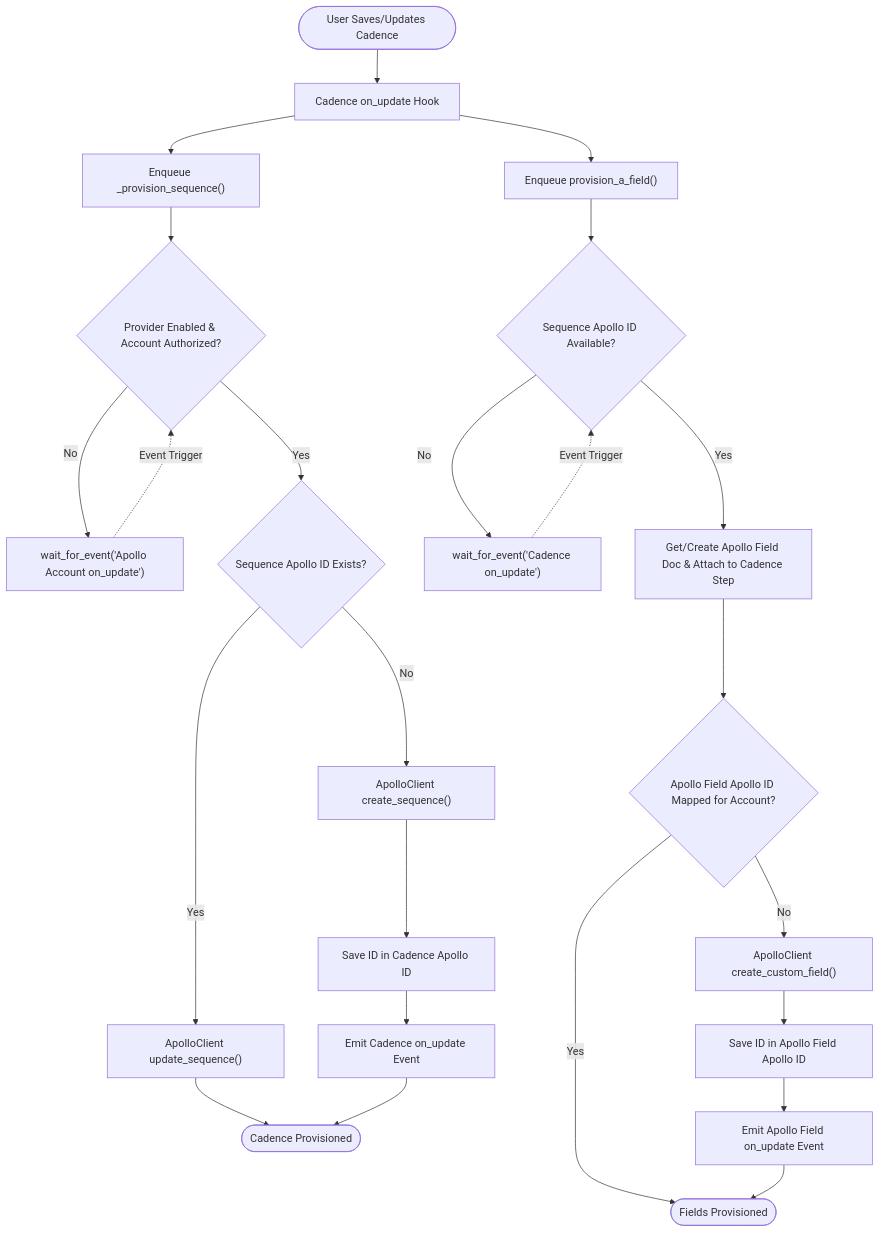
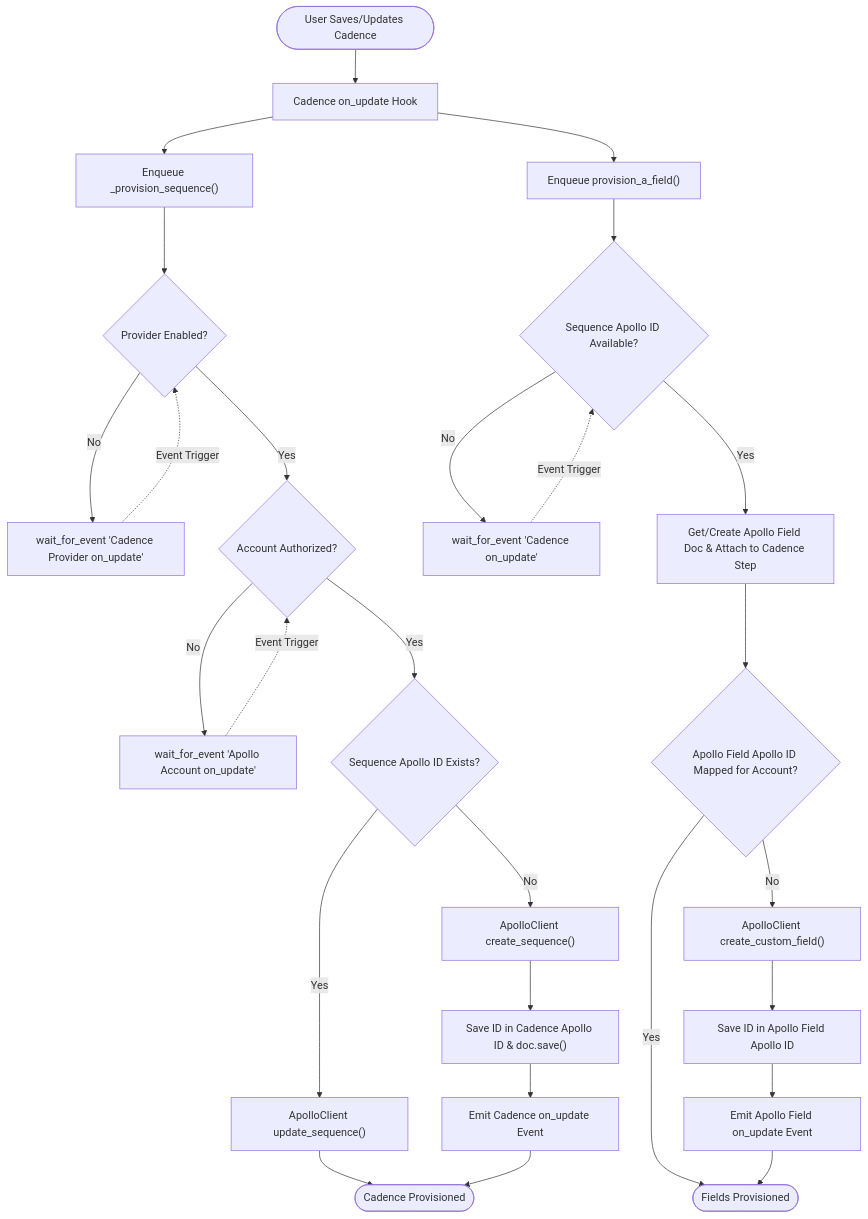
Before and after one commit to aurumorcom/frappe-apollo: the diagram in docs/architecture/bpmn/03-cadence-provisioning.md, drawn with Mermaid. The commit also changed 1 other file, not shown here.

Commit message:
docs: split provider enabled check from account auth
Separate the provider enabled validation from account authorization
checks in both communication sync and cadence provisioning workflows.
This allows the system to wait for provider enablement independently
before checking account authorization status.

Also update wait_for_event syntax to use consistent formatting and
clarify the doc.save() call in the sequence provisioning flow.

````diff
--- a/docs/architecture/bpmn/03-cadence-provisioning.md
+++ b/docs/architecture/bpmn/03-cadence-provisioning.md
@@ -10,30 +10,33 @@
 ```mermaid
 flowchart TD
     CadenceSaved(["User Saves/Updates Cadence"]) --> OnUpdateCadence["Cadence on_update Hook"]
     OnUpdateCadence --> EnqueueSeqProv["Enqueue _provision_sequence()"]
     OnUpdateCadence --> EnqueueFieldProv["Enqueue provision_a_field()"]
     
     %% Sequence Provisioning Loop
-    EnqueueSeqProv --> CheckAccountAuth{"Provider Enabled & Account Authorized?"}
-    CheckAccountAuth -- No --> WaitAccountAuth["wait_for_event('Apollo Account on_update')"]
+    EnqueueSeqProv --> CheckProvEnabled{"Provider Enabled?"}
+    CheckProvEnabled -- No --> WaitProvEnable["wait_for_event 'Cadence Provider on_update'"]
+    WaitProvEnable -. Event Trigger .-> CheckProvEnabled
+    CheckProvEnabled -- Yes --> CheckAccountAuth{"Account Authorized?"}
+    CheckAccountAuth -- No --> WaitAccountAuth["wait_for_event 'Apollo Account on_update'"]
     WaitAccountAuth -. Event Trigger .-> CheckAccountAuth
     CheckAccountAuth -- Yes --> CheckSeqExists{"Sequence Apollo ID Exists?"}
     CheckSeqExists -- Yes --> UpdateSeq["ApolloClient update_sequence()"]
     CheckSeqExists -- No --> CreateSeq["ApolloClient create_sequence()"]
-    CreateSeq --> SaveSeqID["Save ID in Cadence Apollo ID"]
+    CreateSeq --> SaveSeqID["Save ID in Cadence Apollo ID & doc.save()"]
     SaveSeqID --> EmitCadenceUpdate["Emit Cadence on_update Event"]
     UpdateSeq --> EndCadenceProv(["Cadence Provisioned"])
     EmitCadenceUpdate --> EndCadenceProv
     
     %% Field Provisioning Loop
     EnqueueFieldProv --> CheckSeqIDReady{"Sequence Apollo ID Available?"}
-    CheckSeqIDReady -- No --> WaitCadenceSeq["wait_for_event('Cadence on_update')"]
+    CheckSeqIDReady -- No --> WaitCadenceSeq["wait_for_event 'Cadence on_update'"]
     WaitCadenceSeq -. Event Trigger .-> CheckSeqIDReady
     CheckSeqIDReady -- Yes --> GetOrCreateField["Get/Create Apollo Field Doc & Attach to Cadence Step"]
     GetOrCreateField --> CheckFieldMap{"Apollo Field Apollo ID Mapped for Account?"}
     CheckFieldMap -- Yes --> EndFieldProv(["Fields Provisioned"])
     CheckFieldMap -- No --> CreateCustomField["ApolloClient create_custom_field()"]
     CreateCustomField --> SaveFieldMap["Save ID in Apollo Field Apollo ID"]
     SaveFieldMap --> EmitFieldUpdate["Emit Apollo Field on_update Event"]
     EmitFieldUpdate --> EndFieldProv
 ```
````
